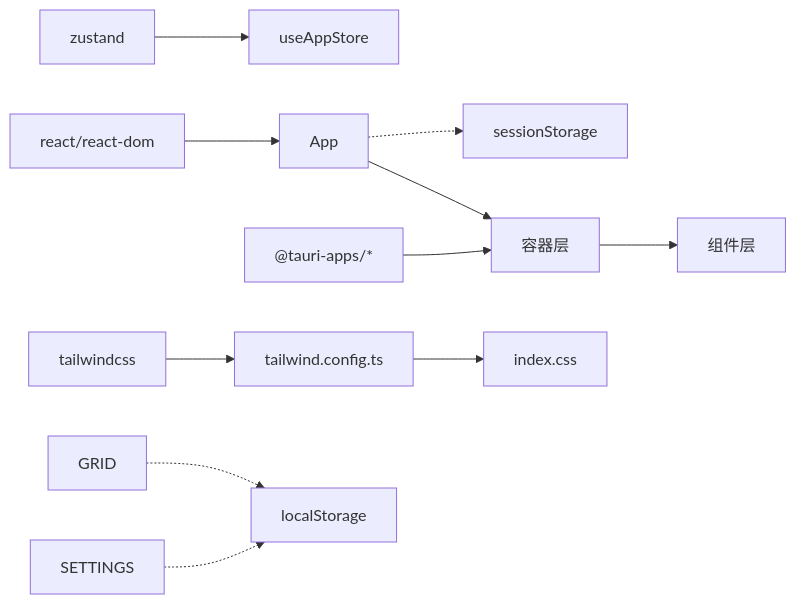
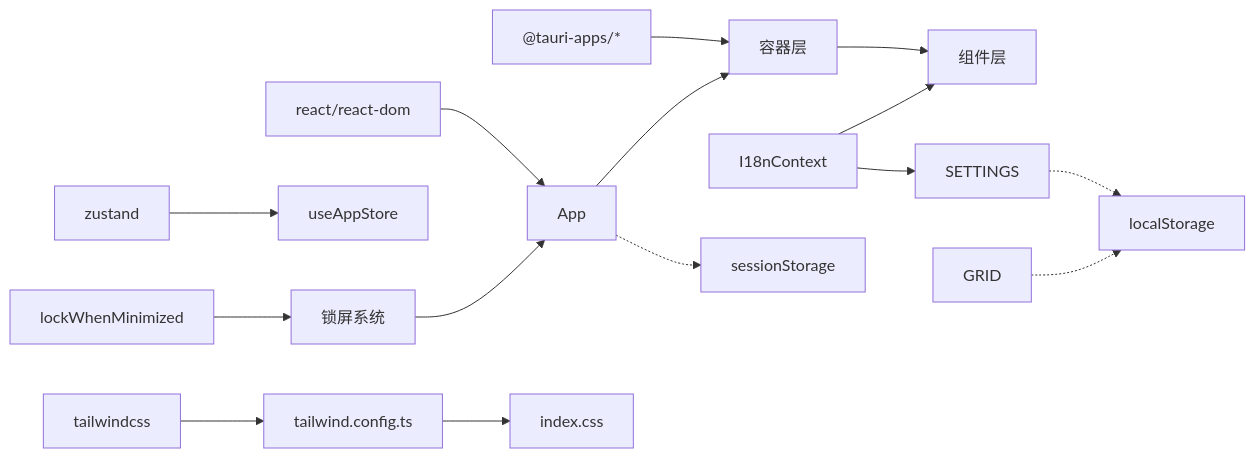
One commit to YLee9527/Medex changed the eighth of 8 diagrams in doc/repowiki/zh/content/前端开发/前端开发.md. Above: the diagram before and after it, drawn with Mermaid. The commit also changed other lines of this file and 31 other files, not shown here.

First line of the commit message:
docs(doc): 添加部署脚本、锁屏功能、发布指南及设置按钮图标文档

````diff
--- a/doc/repowiki/zh/content/前端开发/前端开发.md
+++ b/doc/repowiki/zh/content/前端开发/前端开发.md
@@ -478,13 +712,17 @@
 ```mermaid
 graph LR
 REACT["react/react-dom"] --> APP["App"]
 ZUSTAND["zustand"] --> STORE["useAppStore"]
 TAURI["@tauri-apps/*"] --> CONTAINERS["容器层"]
 TAILWIND["tailwindcss"] --> THEME["tailwind.config.ts"]
 THEME --> CSS["index.css"]
 APP --> CONTAINERS
 CONTAINERS --> COMPONENTS["组件层"]
+I18N["I18nContext"] --> COMPONENTS
+I18N --> SETTINGS
 SETTINGS -.-> LOCAL["localStorage"]
 GRID -.-> LOCAL
 APP -.-> SESSION["sessionStorage"]
+LOCKSCREEN["锁屏系统"] --> APP
+MINIMIZEDLOCK["lockWhenMinimized"] --> LOCKSCREEN
 ```
````
